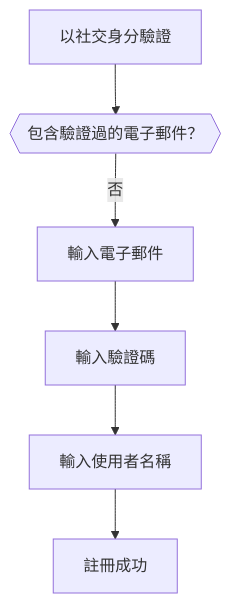
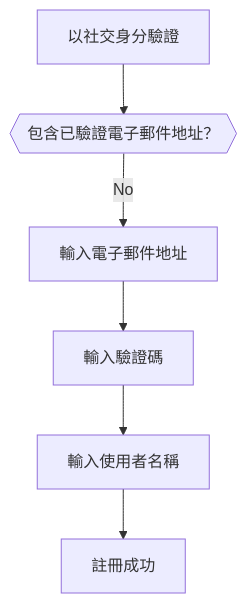
The fourth of 6 diagrams in i18n/zh-TW/docusaurus-plugin-content-docs/current/end-user-flows/sign-up-and-sign-in/social-sign-in.mdx (logto-io/docs), drawn with Mermaid before and after one commit. The commit also changed other lines of this file and 666 other files, not shown here.

````diff
--- a/i18n/zh-TW/docusaurus-plugin-content-docs/current/end-user-flows/sign-up-and-sign-in/social-sign-in.mdx
+++ b/i18n/zh-TW/docusaurus-plugin-content-docs/current/end-user-flows/sign-up-and-sign-in/social-sign-in.mdx
@@ -123,8 +123,8 @@
    ```mermaid
    flowchart TD
-      A[以社交身分驗證] --> B{{包含驗證過的電子郵件？}}
-      B -- 否 --> C[輸入電子郵件]
+      A[以社交身分驗證] --> B{{包含已驗證電子郵件地址？}}
+      B -- No --> C[輸入電子郵件地址]
       C --> D[輸入驗證碼]
       D --> E[輸入使用者名稱]
       E --> F[註冊成功]
    ```
````
